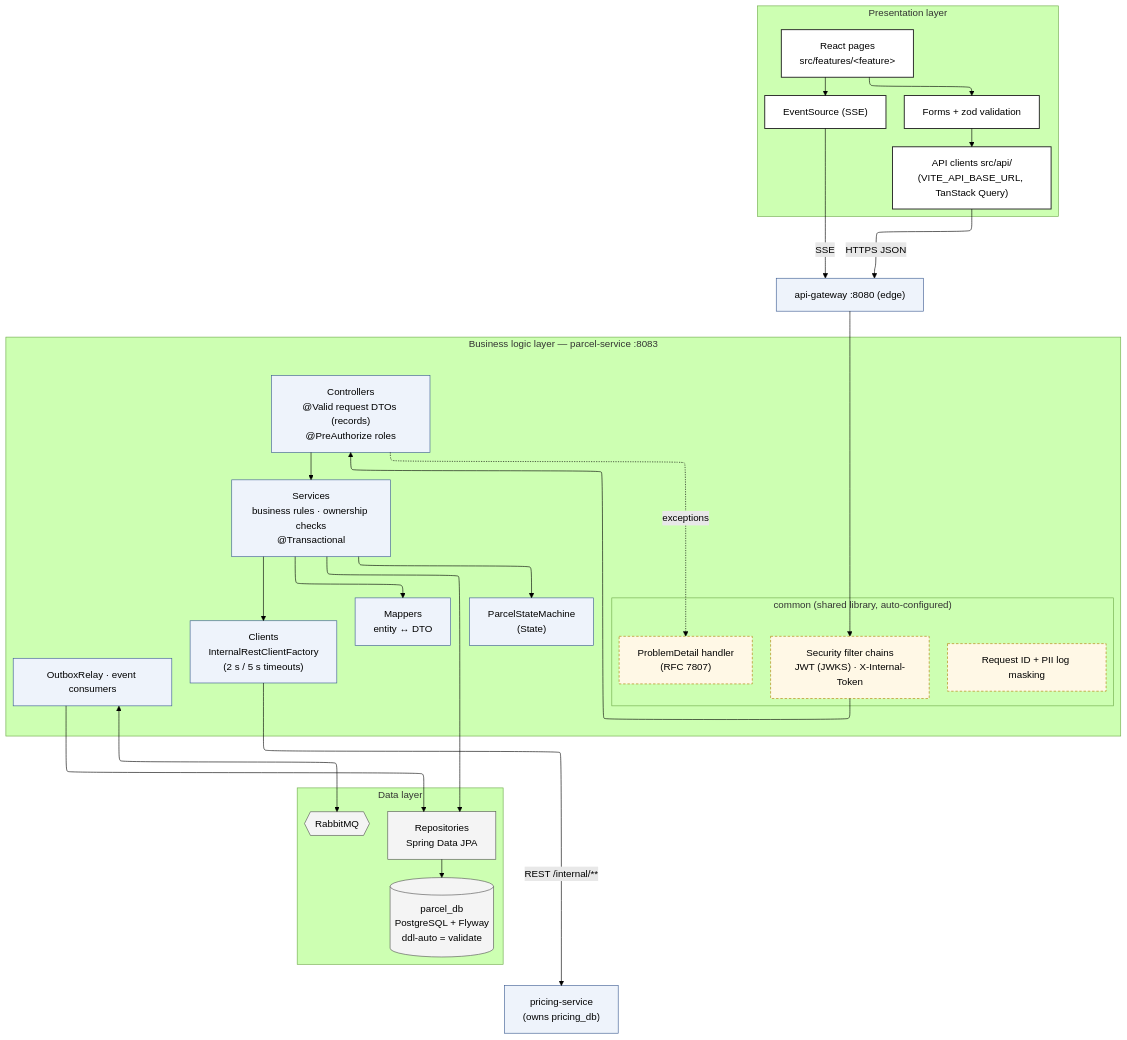
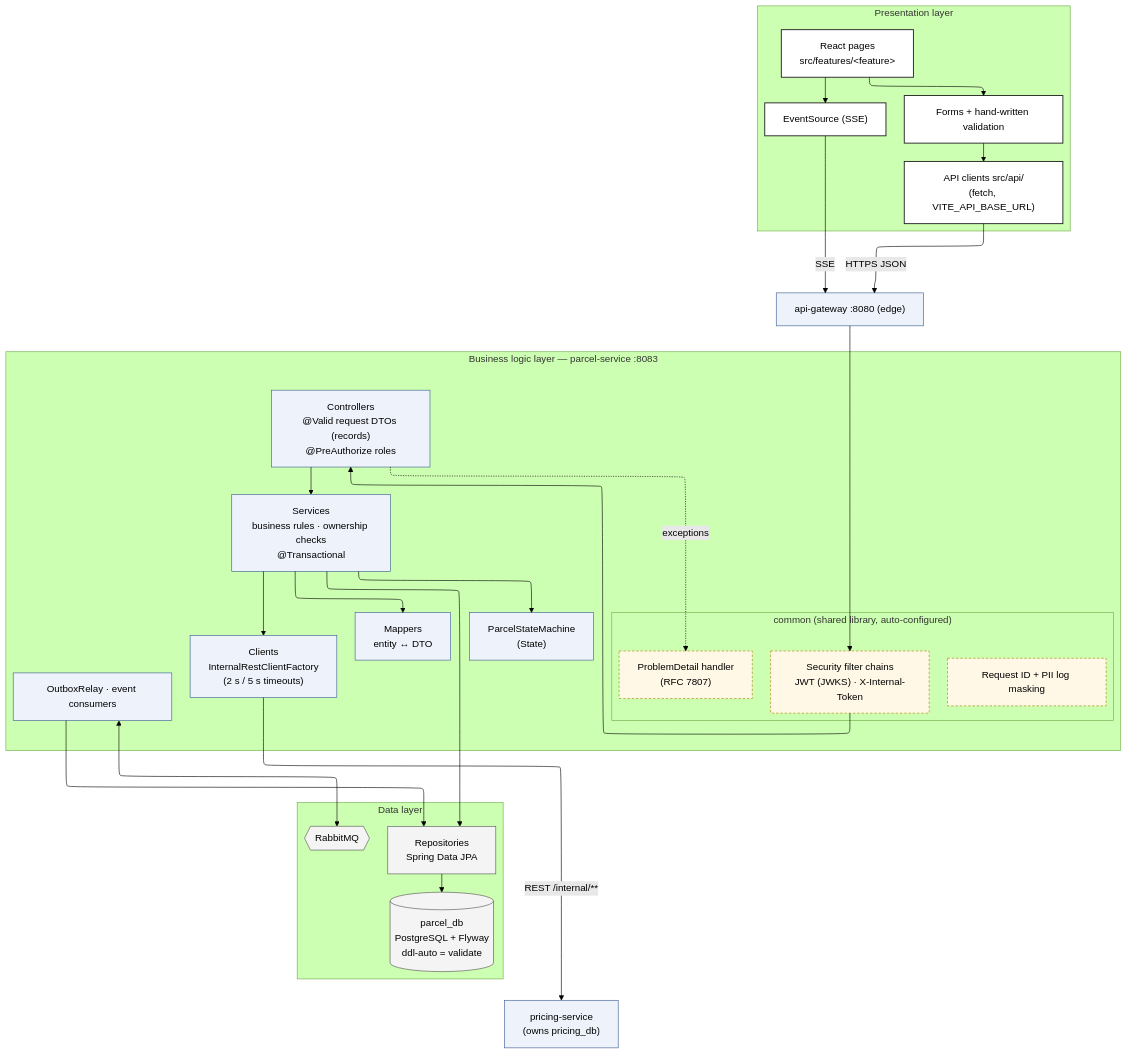
One commit to Sachintha-dilshan49/SwiftDrop changed the diagram in docs/diagrams/architecture/arch-layered-service.mmd. Above: the diagram before and after it, drawn with Mermaid (forest theme). The commit also changed 2 other files, not shown here.

Commit message:
docs(diagrams): match frontend stack decision

```diff
--- a/docs/diagrams/architecture/arch-layered-service.mmd
+++ b/docs/diagrams/architecture/arch-layered-service.mmd
@@ -1,63 +1,63 @@
 ---
 config:
   layout: elk
 ---
 %% Architecture — presentation, business logic and data layers inside one request path · Role 1
 %% Source: docs/architecture.md v1.1 §2 Layers, AGENTS.md §6 (controller → service → repository), docs/conventions.md
 %% Example: parcel-service; every service follows the same layering and gets the shared `common` concerns.
 flowchart TB
   classDef pres fill:#ffffff,stroke:#222,stroke-width:1.5px
   classDef biz fill:#eef3fb,stroke:#3b5b92
   classDef data fill:#f4f4f4,stroke:#555
   classDef common fill:#fff8e6,stroke:#b07d00,stroke-dasharray:4 3
 
   subgraph P["Presentation layer"]
     direction LR
     PAGES["React pages<br/>src/features/&lt;feature&gt;"]:::pres
-    FORMS["Forms + zod validation"]:::pres
-    APIC["API clients src/api/<br/>(VITE_API_BASE_URL, TanStack Query)"]:::pres
+    FORMS["Forms + hand-written validation"]:::pres
+    APIC["API clients src/api/<br/>(fetch, VITE_API_BASE_URL)"]:::pres
     ES["EventSource (SSE)"]:::pres
     PAGES --> FORMS --> APIC
     PAGES --> ES
   end
 
   GW["api-gateway :8080 (edge)"]:::biz
 
   subgraph B["Business logic layer — parcel-service :8083"]
     direction TB
     subgraph CM["common (shared library, auto-configured)"]
       direction LR
       SEC["Security filter chains<br/>JWT (JWKS) · X-Internal-Token"]:::common
       ERR["ProblemDetail handler<br/>(RFC 7807)"]:::common
       LOG["Request ID + PII log masking"]:::common
     end
     CTRL["Controllers<br/>@Valid request DTOs (records)<br/>@PreAuthorize roles"]:::biz
     SVC["Services<br/>business rules · ownership checks<br/>@Transactional"]:::biz
     SM["ParcelStateMachine<br/>(State)"]:::biz
     MAP["Mappers<br/>entity ↔ DTO"]:::biz
     CLI["Clients<br/>InternalRestClientFactory<br/>(2 s / 5 s timeouts)"]:::biz
     EVT["OutboxRelay · event consumers"]:::biz
     SEC --> CTRL --> SVC
     SVC --> SM
     SVC --> MAP
     SVC --> CLI
     CTRL -. "exceptions" .-> ERR
   end
 
   subgraph D["Data layer"]
     direction LR
     REPO["Repositories<br/>Spring Data JPA"]:::data
     DB[("parcel_db<br/>PostgreSQL + Flyway<br/>ddl-auto = validate")]:::data
     MQ{{"RabbitMQ"}}:::data
     REPO --> DB
   end
 
   OTHER["pricing-service<br/>(owns pricing_db)"]:::biz
 
   APIC -- "HTTPS JSON" --> GW
   ES -- "SSE" --> GW
   GW --> SEC
   SVC --> REPO
   EVT --> REPO
   EVT <--> MQ
   CLI -- "REST /internal/**" --> OTHER
```
